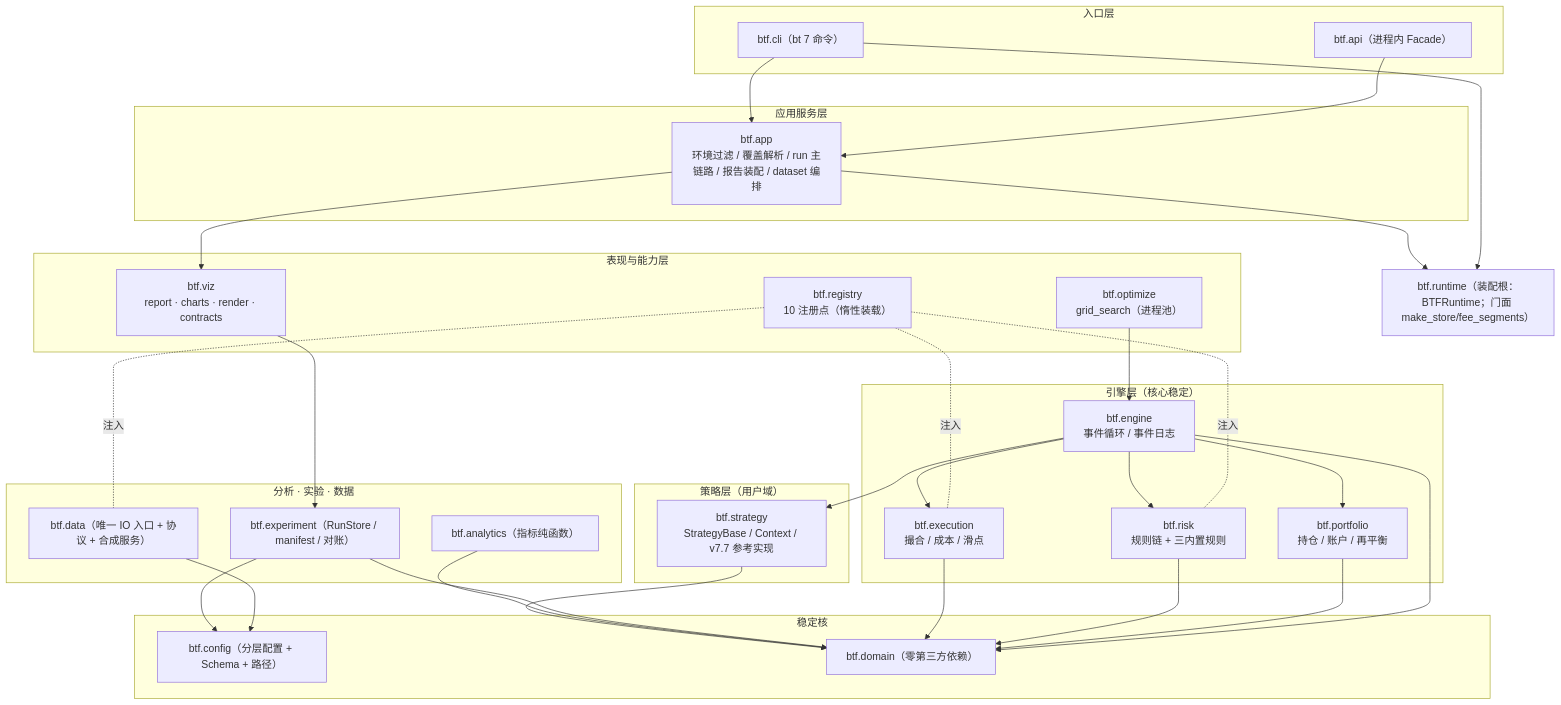
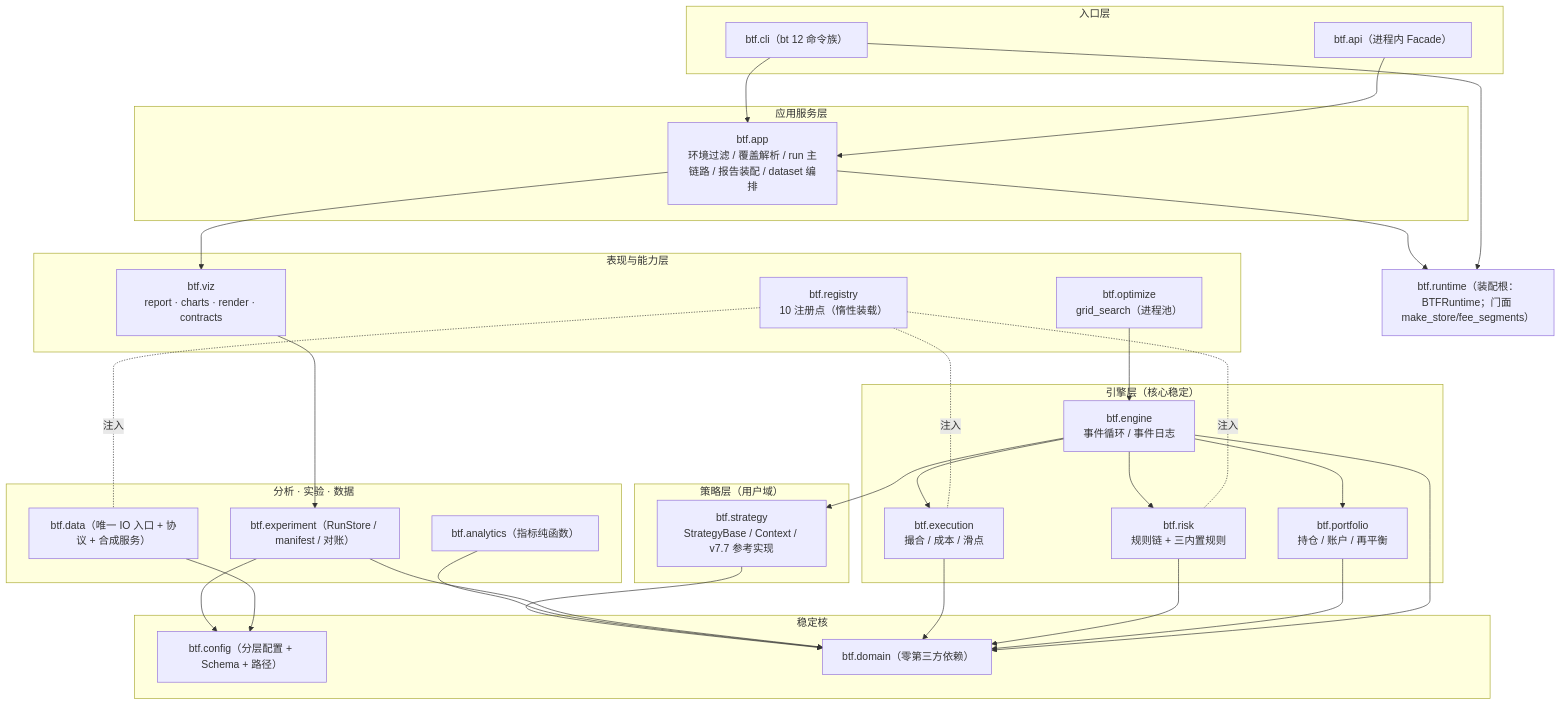
Before and after one commit to 1716250001/quant-strategy-infrastructure: the diagram in 代码架构/回测工具架构/03-总体架构方案对比与推荐.md, drawn with Mermaid. The commit also changed other lines of this file and 130 other files, not shown here.

````diff
--- a/代码架构/回测工具架构/03-总体架构方案对比与推荐.md
+++ b/代码架构/回测工具架构/03-总体架构方案对比与推荐.md
@@ -34,58 +34,58 @@
 ```mermaid
 flowchart TB
     subgraph L6["入口层"]
-        CLI["btf.cli（bt 7 命令）"]
+        CLI["btf.cli（bt 12 命令族）"]
         API["btf.api（进程内 Facade）"]
     end
     subgraph L5["应用服务层"]
         APP["btf.app<br/>环境过滤 / 覆盖解析 / run 主链路 / 报告装配 / dataset 编排"]
     end
     subgraph L4["表现与能力层"]
         VIZ["btf.viz<br/>report · charts · render · contracts"]
         OPT["btf.optimize<br/>grid_search（进程池）"]
         REG["btf.registry<br/>10 注册点（惰性装载）"]
     end
     subgraph L3["引擎层（核心稳定）"]
         ENG["btf.engine<br/>事件循环 / 事件日志"]
         EXE["btf.execution<br/>撮合 / 成本 / 滑点"]
         RISK["btf.risk<br/>规则链 + 三内置规则"]
         PF["btf.portfolio<br/>持仓 / 账户 / 再平衡"]
     end
     subgraph L2["策略层（用户域）"]
         ST["btf.strategy<br/>StrategyBase / Context / v7.7 参考实现"]
     end
     subgraph L1["分析 · 实验 · 数据"]
         AN["btf.analytics（指标纯函数）"]
         EXP["btf.experiment（RunStore / manifest / 对账）"]
         DATA["btf.data（唯一 IO 入口 + 协议 + 合成服务）"]
     end
     subgraph L0["稳定核"]
         CFG["btf.config（分层配置 + Schema + 路径）"]
         DOM["btf.domain（零第三方依赖）"]
     end
     RT["btf.runtime（装配根：BTFRuntime；门面 make_store/fee_segments）"]
 
     CLI --> APP
     API --> APP
     APP --> VIZ
     APP --> RT
     CLI --> RT
     VIZ --> EXP
     EXP --> CFG
     OPT --> ENG
     ENG --> ST
     ENG --> PF
     ENG --> EXE
     ENG --> RISK
     ST --> DOM
     DATA --> CFG
     AN --> DOM
     EXP --> DOM
     EXE --> DOM
     RISK --> DOM
     PF --> DOM
     ENG --> DOM
     REG -.注入.- EXE
     REG -.注入.- RISK
     REG -.注入.- DATA
 ```
````
